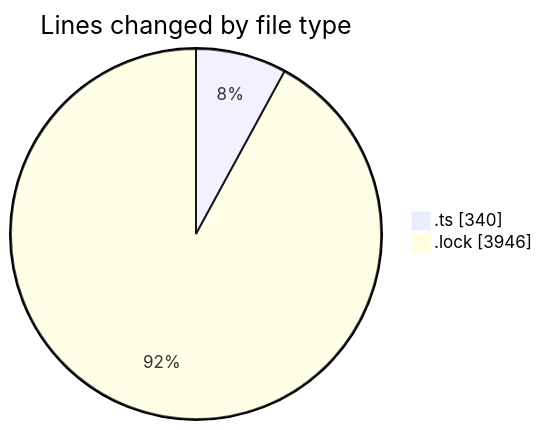
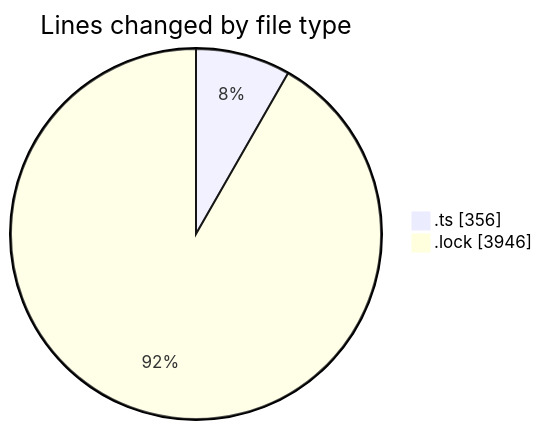
The first of 2 diagrams in 2025-08-19/cda/README.md (momahboobian/code-tracking), drawn with Mermaid before and after one commit. The commit also changed other lines of this file and 1 other file, not shown here.

````diff
--- a/2025-08-19/cda/README.md
+++ b/2025-08-19/cda/README.md
@@ -24,6 +24,6 @@
 ```mermaid
 pie showData
 title Lines changed by file type
-".ts" : 340
+".ts" : 356
 ".lock" : 3946
 ```
````
